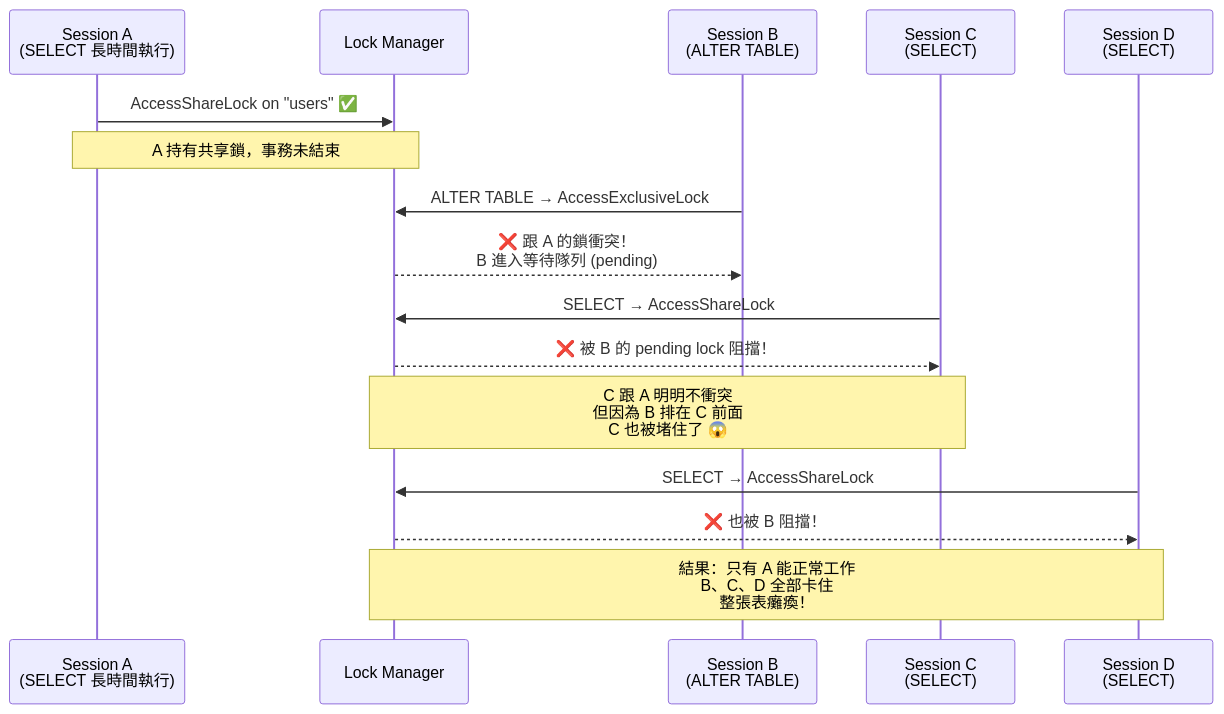
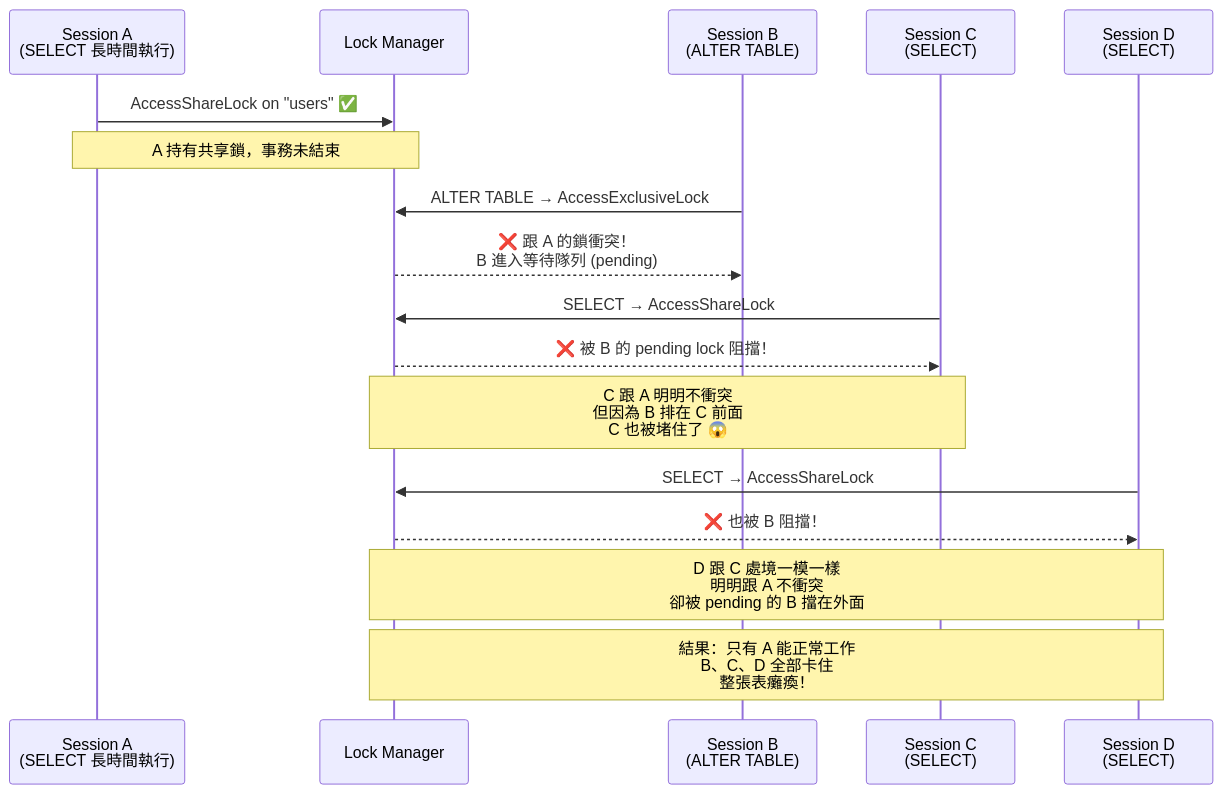
One commit to henry-tpwong/postgresql_note changed the fifth of 30 diagrams in lock/PostgreSQL_Lock.md. Above: the diagram before and after it, drawn with Mermaid. The commit also changed other lines of this file, not shown here.

````diff
--- a/lock/PostgreSQL_Lock.md
+++ b/lock/PostgreSQL_Lock.md
@@ -209,23 +271,24 @@
 ```mermaid
 sequenceDiagram
     participant A as Session A<br/>(SELECT 長時間執行)
     participant LM as Lock Manager
     participant B as Session B<br/>(ALTER TABLE)
     participant C as Session C<br/>(SELECT)
     participant D as Session D<br/>(SELECT)
 
     A->>LM: AccessShareLock on "users" ✅
     Note over A,LM: A 持有共享鎖，事務未結束
 
     B->>LM: ALTER TABLE → AccessExclusiveLock
     LM-->>B: ❌ 跟 A 的鎖衝突！<br/>B 進入等待隊列 (pending)
 
     C->>LM: SELECT → AccessShareLock
     LM-->>C: ❌ 被 B 的 pending lock 阻擋！
     Note over C,LM: C 跟 A 明明不衝突<br/>但因為 B 排在 C 前面<br/>C 也被堵住了 😱
 
     D->>LM: SELECT → AccessShareLock
     LM-->>D: ❌ 也被 B 阻擋！
+    Note over D,LM: D 跟 C 處境一模一樣<br/>明明跟 A 不衝突<br/>卻被 pending 的 B 擋在外面
 
     Note over LM,D: 結果：只有 A 能正常工作<br/>B、C、D 全部卡住<br/>整張表癱瘓！
 ```
````
